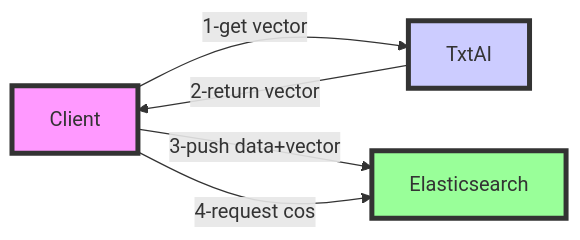
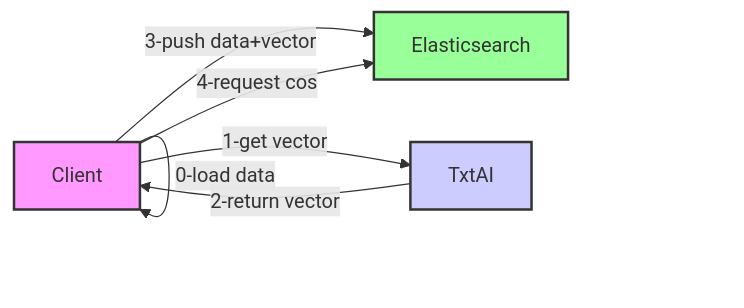
The diagram in readme.md (ThierryTouin/txtai-elasticsearch), drawn with Mermaid before and after one commit.

````diff
--- a/readme.md
+++ b/readme.md
@@ -5,20 +5,21 @@
 ```mermaid
 graph LR
 
 C1[Client]
 E[Elasticsearch]
 T[TxtAI]
 
+C1 --0-load data--> C1
 C1 --1-get vector--> T
 T --2-return vector--> C1
 C1 --3-push data+vector--> E
 C1 --4-request cos--> E
 
-classDef S1 fill:#f9f,stroke:#333,stroke-width:4px;
-classDef S2 fill:#ccf,stroke:#333,stroke-width:4px;
-classDef S3 fill:#9f9,stroke:#333,stroke-width:4px;
+classDef S1 fill:#f9f,stroke:#333,stroke-width:2px;
+classDef S2 fill:#ccf,stroke:#333,stroke-width:2px;
+classDef S3 fill:#9f9,stroke:#333,stroke-width:2px;
 
 class C1,C2 S1;
 class T S2;
 class E S3;
 ```
````
